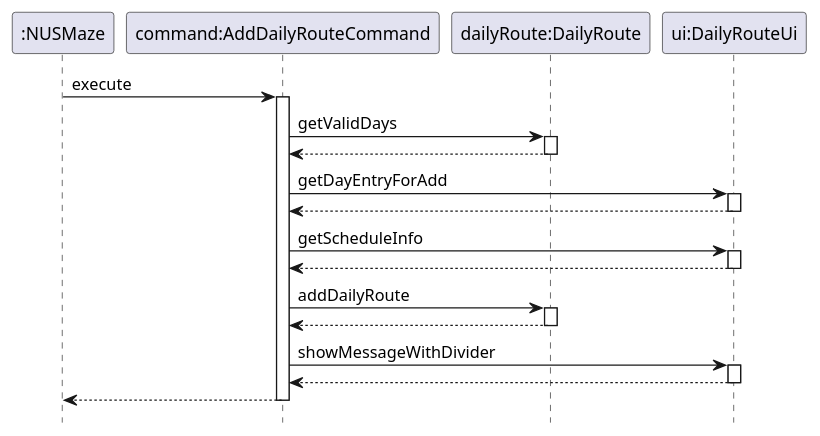
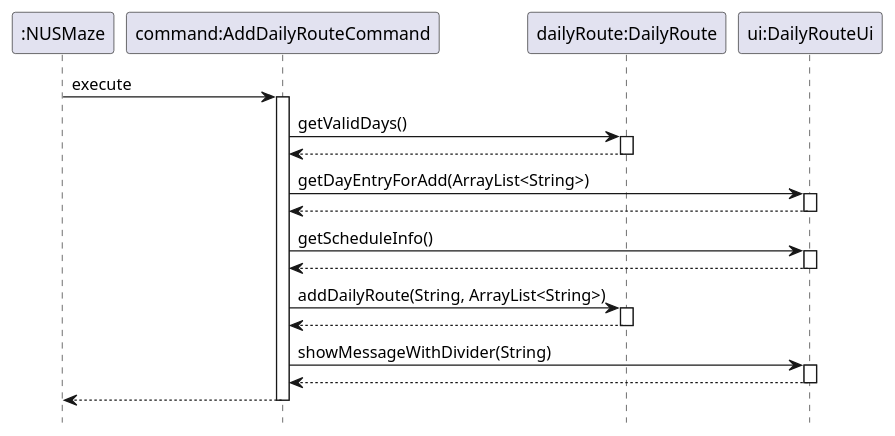
One commit to nus-cs2113-AY2021S2/tp changed the diagram in docs/puml/addday.puml. Above: the diagram before and after it, drawn with PlantUML. The commit also changed 5 other files, not shown here.

Commit message:
edited help command fixed uml diagram

```diff
--- a/docs/puml/addday.puml
+++ b/docs/puml/addday.puml
@@ -1,33 +1,33 @@
 @startuml
 hide footbox
 
 participant ":NUSMaze"
 ":NUSMaze" -> "command:AddDailyRouteCommand" : execute
 activate "command:AddDailyRouteCommand"
-"command:AddDailyRouteCommand" -> "dailyRoute:DailyRoute" : getValidDays
+"command:AddDailyRouteCommand" -> "dailyRoute:DailyRoute" : getValidDays()
 activate "dailyRoute:DailyRoute"
 return
 deactivate "dailyRoute:DailyRoute"
-"command:AddDailyRouteCommand" -> "ui:DailyRouteUi" : getDayEntryForAdd
+"command:AddDailyRouteCommand" -> "ui:DailyRouteUi" : getDayEntryForAdd(ArrayList<String>)
 activate "ui:DailyRouteUi"
 return
 deactivate "ui:DailyRouteUi"
 
-"command:AddDailyRouteCommand" -> "ui:DailyRouteUi" : getScheduleInfo
+"command:AddDailyRouteCommand" -> "ui:DailyRouteUi" : getScheduleInfo()
 activate "ui:DailyRouteUi"
 return
 deactivate "ui:DailyRouteUi"
 
-"command:AddDailyRouteCommand" -> "dailyRoute:DailyRoute" : addDailyRoute
+"command:AddDailyRouteCommand" -> "dailyRoute:DailyRoute" : addDailyRoute(String, ArrayList<String>)
 activate "dailyRoute:DailyRoute"
 "dailyRoute:DailyRoute" --> "command:AddDailyRouteCommand"
 deactivate "dailyRoute:DailyRoute"
 
-"command:AddDailyRouteCommand" -> "ui:DailyRouteUi": showMessageWithDivider
+"command:AddDailyRouteCommand" -> "ui:DailyRouteUi": showMessageWithDivider(String)
 activate "ui:DailyRouteUi"
 return
 deactivate "ui:DailyRouteUi"
 "command:AddDailyRouteCommand" --> ":NUSMaze"
 deactivate "command:AddDailyRouteCommand"
 
 @enduml
```
